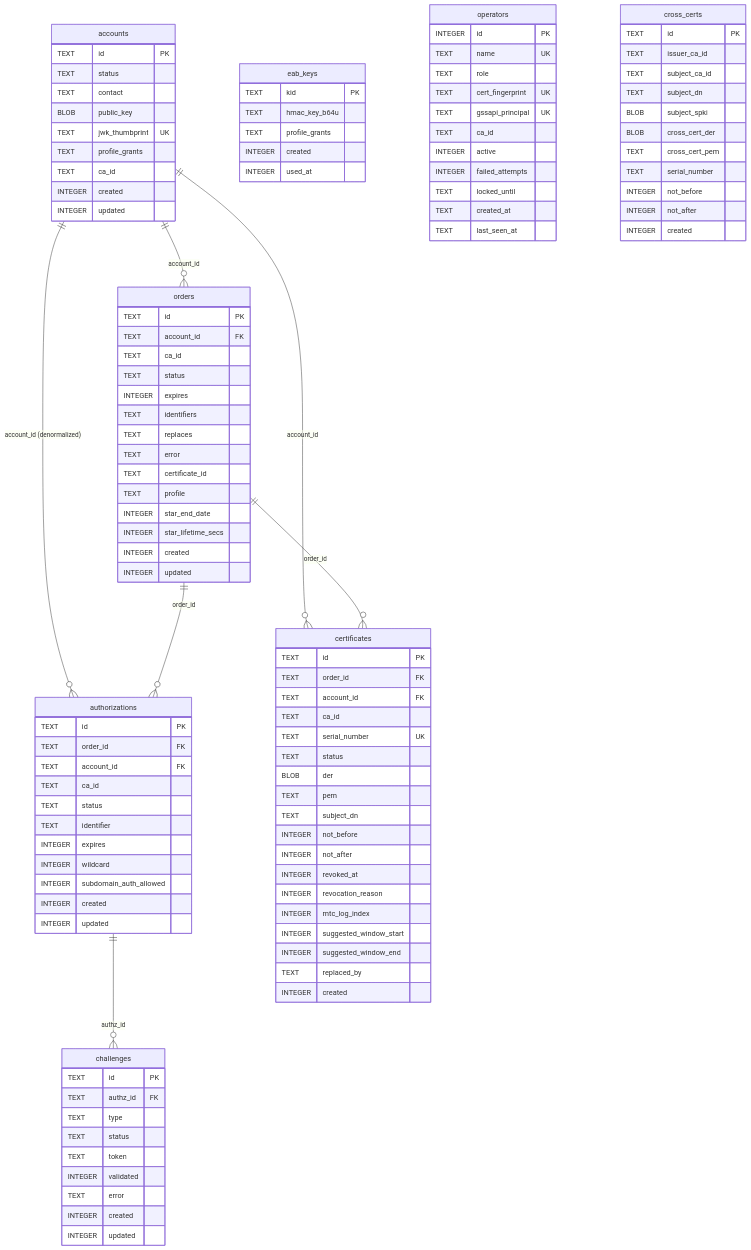
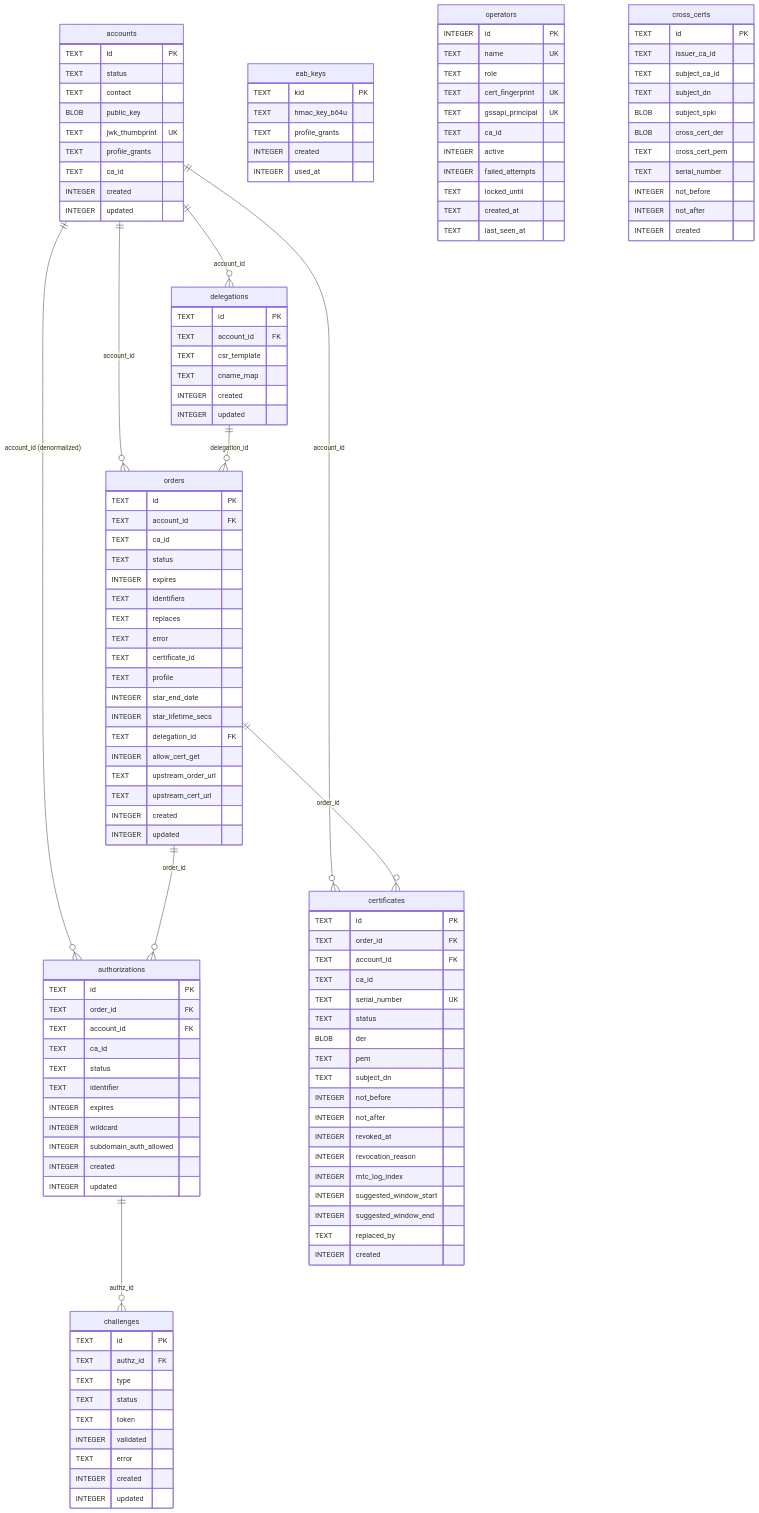
Before and after one commit to czinda/akamu: the diagram in docs/src/developer/database.md, drawn with Mermaid. The commit also changed other lines of this file, not shown here.

Commit message:
docs(database): document delegation table, migration, and OrderRow additions

````diff
--- a/docs/src/developer/database.md
+++ b/docs/src/developer/database.md
@@ -551,6 +599,10 @@
         TEXT profile
         INTEGER star_end_date
         INTEGER star_lifetime_secs
+        TEXT delegation_id FK
+        INTEGER allow_cert_get
+        TEXT upstream_order_url
+        TEXT upstream_cert_url
         INTEGER created
         INTEGER updated
     }
@@ -632,10 +684,21 @@
         INTEGER created
     }
 
+    delegations {
+        TEXT id PK
+        TEXT account_id FK
+        TEXT csr_template
+        TEXT cname_map
+        INTEGER created
+        INTEGER updated
+    }
+
     accounts ||--o{ orders : "account_id"
     accounts ||--o{ authorizations : "account_id (denormalized)"
     accounts ||--o{ certificates : "account_id"
+    accounts ||--o{ delegations : "account_id"
     orders ||--o{ authorizations : "order_id"
     authorizations ||--o{ challenges : "authz_id"
     orders ||--o{ certificates : "order_id"
+    delegations ||--o{ orders : "delegation_id"
 ```
````
